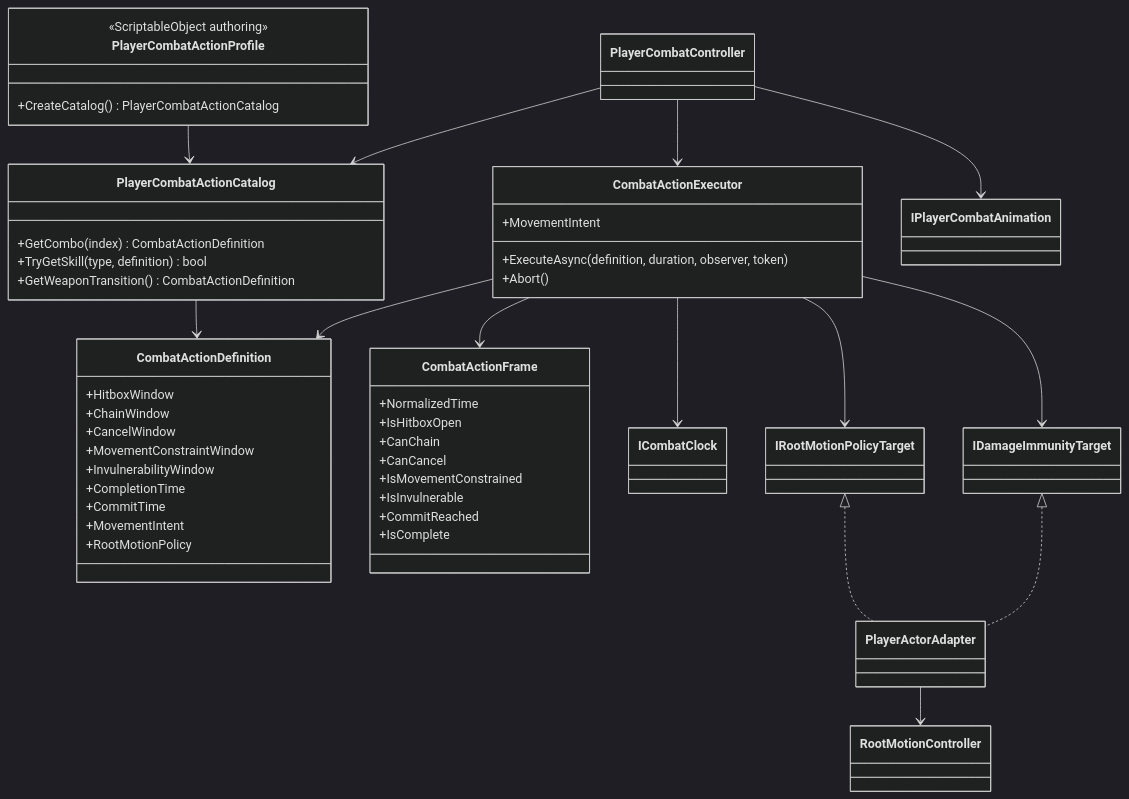
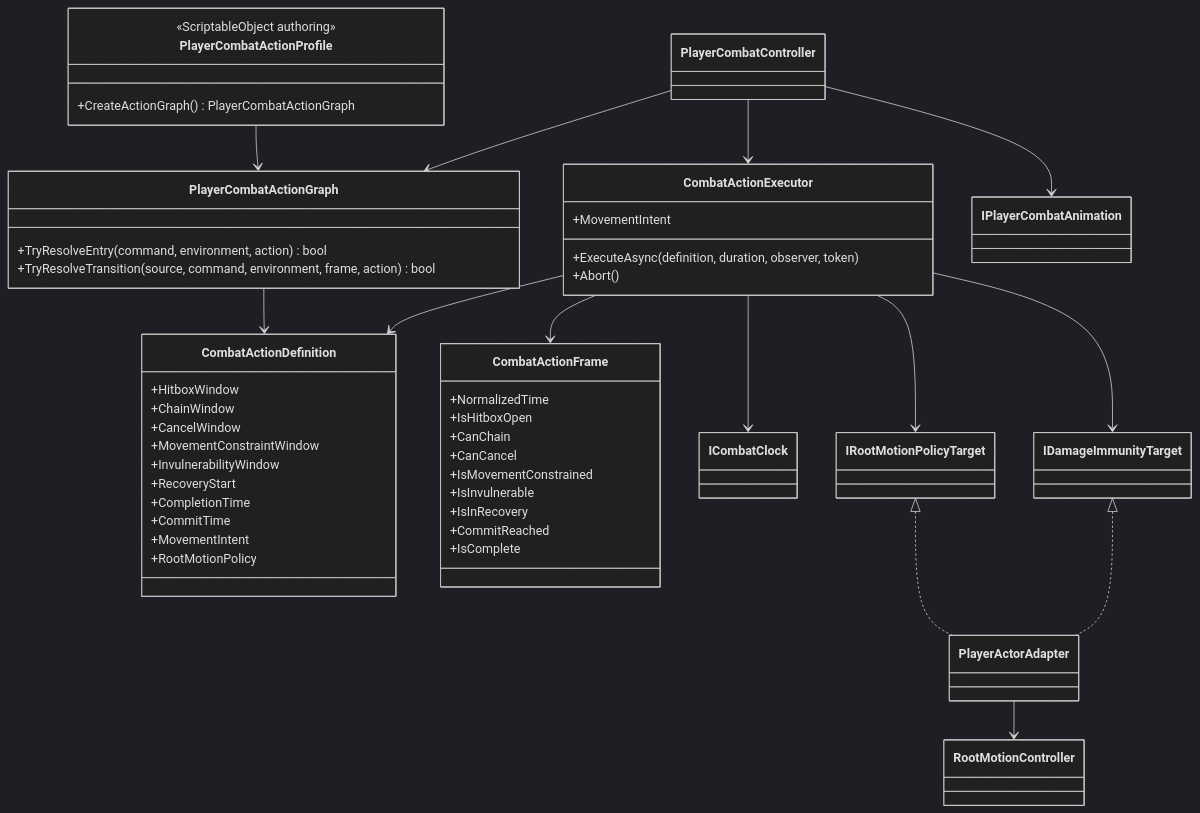
The diagram in Assets/_App/Core/Runtime/Combat/Actions/README.md (MaximFonariuc/project-s), drawn with Mermaid (dark theme) before and after one commit. The commit also changed other lines of this file and 31 other files, not shown here.

Commit message:
feat: add data-driven player combat graph

````diff
--- a/Assets/_App/Core/Runtime/Combat/Actions/README.md
+++ b/Assets/_App/Core/Runtime/Combat/Actions/README.md
@@ -10,59 +10,60 @@
 ```mermaid
 classDiagram
     class PlayerCombatController
     class PlayerCombatActionProfile {
         <<ScriptableObject authoring>>
-        +CreateCatalog() PlayerCombatActionCatalog
+        +CreateActionGraph() PlayerCombatActionGraph
     }
-    class PlayerCombatActionCatalog {
-        +GetCombo(index) CombatActionDefinition
-        +TryGetSkill(type, definition) bool
-        +GetWeaponTransition() CombatActionDefinition
+    class PlayerCombatActionGraph {
+        +TryResolveEntry(command, environment, action) bool
+        +TryResolveTransition(source, command, environment, frame, action) bool
     }
     class CombatActionDefinition {
         +HitboxWindow
         +ChainWindow
         +CancelWindow
         +MovementConstraintWindow
         +InvulnerabilityWindow
+        +RecoveryStart
         +CompletionTime
         +CommitTime
         +MovementIntent
         +RootMotionPolicy
     }
     class CombatActionExecutor {
         +ExecuteAsync(definition, duration, observer, token)
         +Abort()
         +MovementIntent
     }
     class CombatActionFrame {
         +NormalizedTime
         +IsHitboxOpen
         +CanChain
         +CanCancel
         +IsMovementConstrained
         +IsInvulnerable
+        +IsInRecovery
         +CommitReached
         +IsComplete
     }
     class ICombatClock
     class IRootMotionPolicyTarget
     class IDamageImmunityTarget
     class PlayerActorAdapter
     class RootMotionController
     class IPlayerCombatAnimation
 
-    PlayerCombatActionProfile --> PlayerCombatActionCatalog
-    PlayerCombatActionCatalog --> CombatActionDefinition
-    PlayerCombatController --> PlayerCombatActionCatalog
+    PlayerCombatActionProfile --> PlayerCombatActionGraph
+    PlayerCombatActionGraph --> CombatActionDefinition
+    PlayerCombatController --> PlayerCombatActionGraph
     PlayerCombatController --> CombatActionExecutor
     PlayerCombatController --> IPlayerCombatAnimation
     CombatActionExecutor --> CombatActionDefinition
     CombatActionExecutor --> CombatActionFrame
     CombatActionExecutor --> ICombatClock
     CombatActionExecutor --> IRootMotionPolicyTarget
     CombatActionExecutor --> IDamageImmunityTarget
     IRootMotionPolicyTarget <|.. PlayerActorAdapter
     IDamageImmunityTarget <|.. PlayerActorAdapter
     PlayerActorAdapter --> RootMotionController
 ```
````
